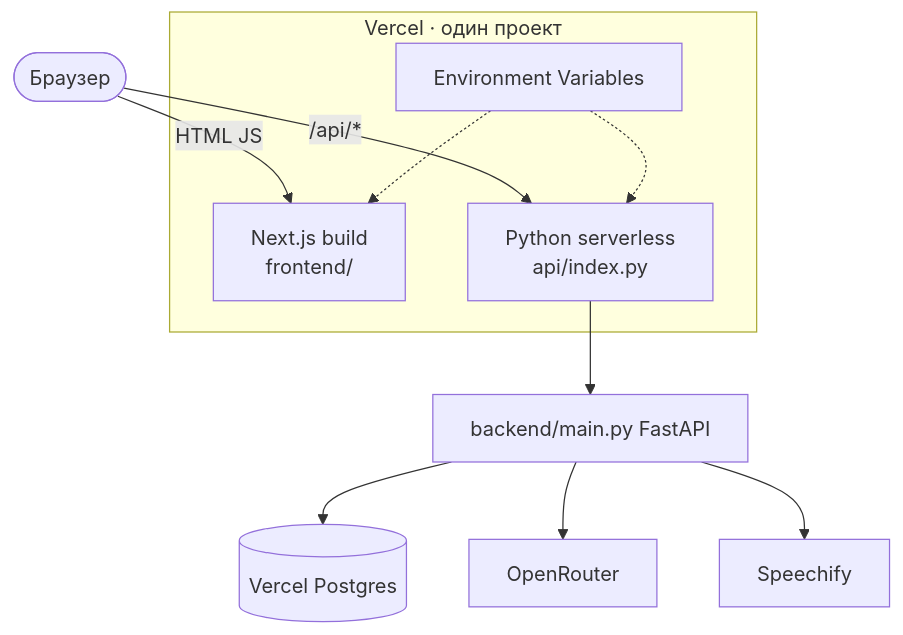
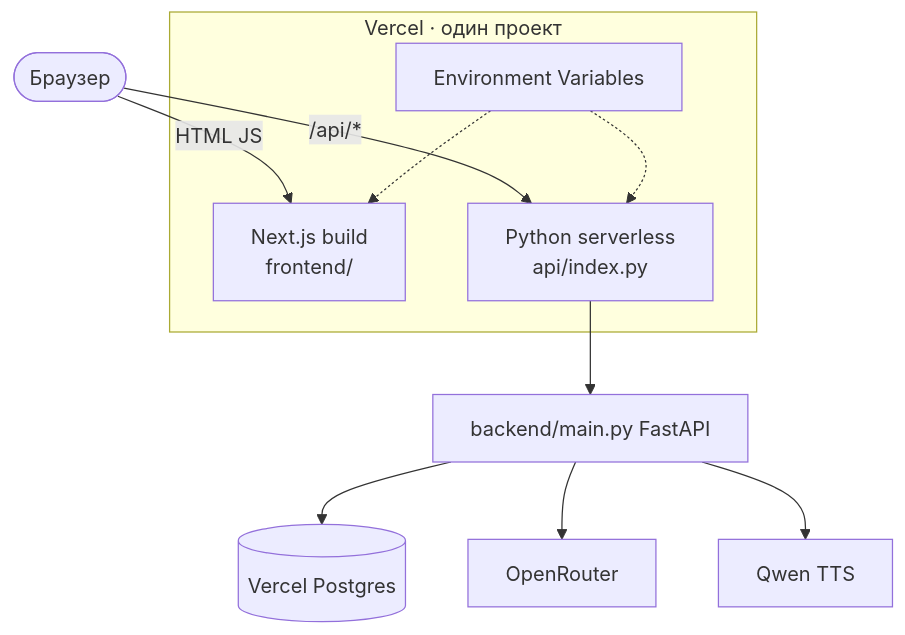
Before and after one commit to grrraaaa/mvp: the tenth of 13 diagrams in docs/FEATURE_MAP.md, drawn with Mermaid. The commit also changed other lines of this file and 56 other files, not shown here.

````diff
--- a/docs/FEATURE_MAP.md
+++ b/docs/FEATURE_MAP.md
@@ -363,17 +360,17 @@
 ```mermaid
 flowchart TB
     subgraph VERCEL["Vercel · один проект"]
         NEXT[Next.js build<br/>frontend/]
         PY[Python serverless<br/>api/index.py]
         ENV[Environment Variables]
     end
 
     USER([Браузер]) -->|HTML JS| NEXT
     USER -->|/api/*| PY
     PY --> MAIN[backend/main.py FastAPI]
     MAIN --> PG[(Vercel Postgres)]
     MAIN --> OR2[OpenRouter]
-    MAIN --> SP2[Speechify]
+    MAIN --> QW2[Qwen TTS]
 
     ENV -.-> NEXT & PY
 ```
````
